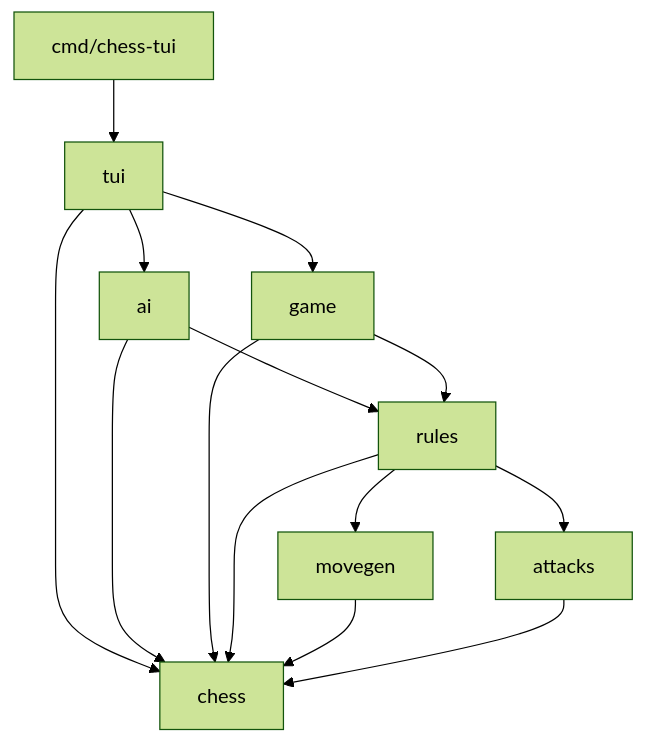
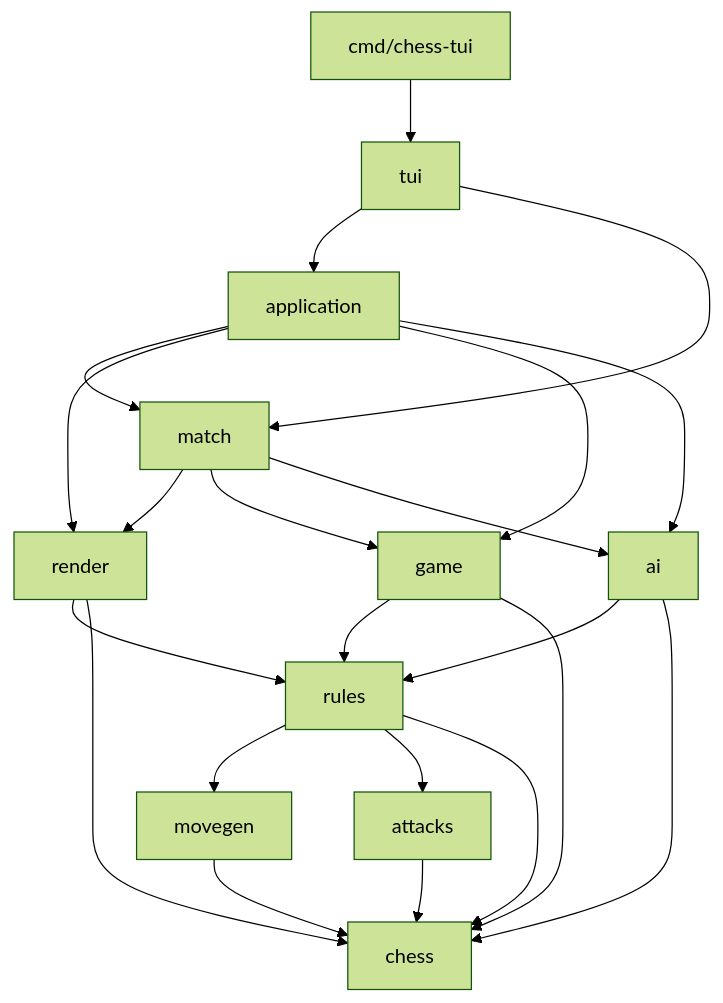
One commit to gabrzb/chess-go changed the diagram in README.md. Above: the diagram before and after it, drawn with Mermaid (forest theme). The commit also changed other lines of this file and 27 other files, not shown here.

Commit message:
refactor(tui): separate application match and rendering packages

````diff
--- a/README.md
+++ b/README.md
@@ -111,16 +114,24 @@
 ```mermaid
 flowchart TD
     cmd["cmd/chess-tui"] --> tui
-    tui --> game
-    tui --> chess
-    tui --> ai
+    tui --> application
+    tui --> match
+    application --> match
+    application --> render
+    application --> game
+    application --> ai
+    match --> render
+    match --> game
+    match --> ai
+    render --> rules
+    render --> chess
     ai --> rules
     ai --> chess
     game --> rules
     game --> chess
     rules --> movegen
     rules --> attacks
     rules --> chess
     movegen --> chess
     attacks --> chess
 ```
````
